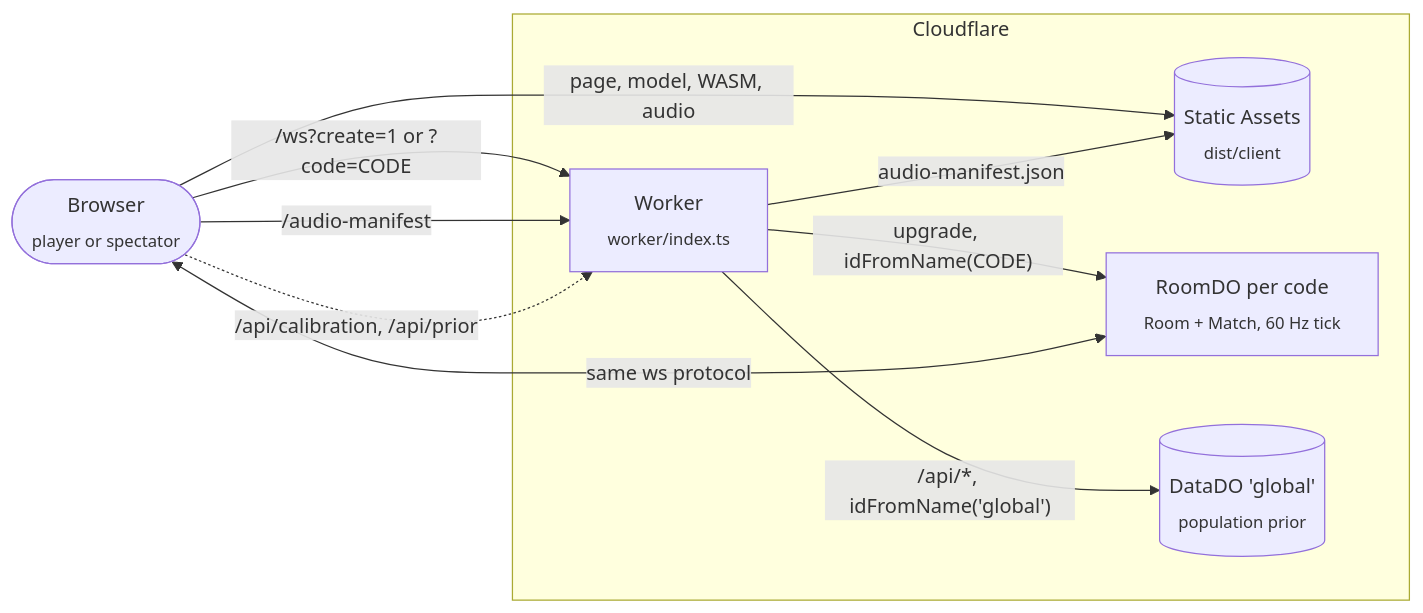
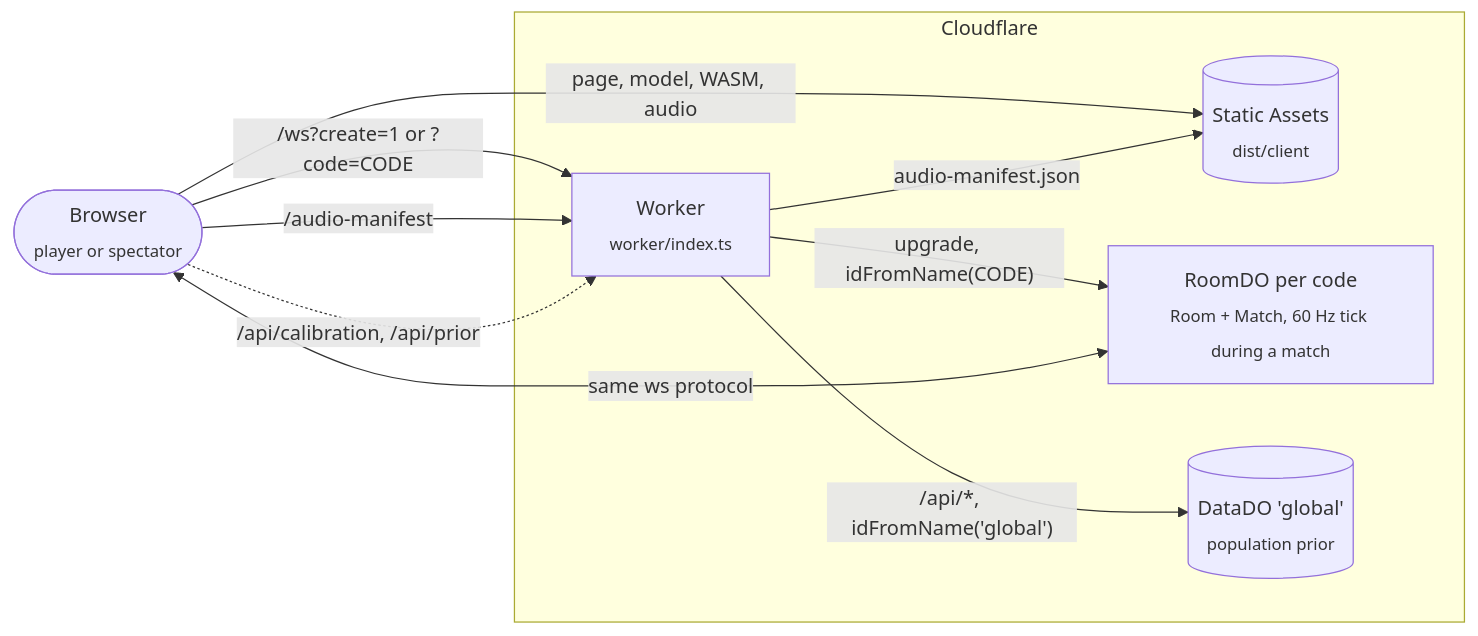
The second of 4 diagrams in README.md (teddycitrus/shadow-box), drawn with Mermaid before and after one commit. The commit also changed other lines of this file and 86 other files, not shown here.

````diff
--- a/README.md
+++ b/README.md
@@ -115,18 +115,18 @@
 ```mermaid
 flowchart LR
   C(["Browser<br/><sub>player or spectator</sub>"])
   subgraph CF["Cloudflare"]
     W["Worker<br/><sub>worker/index.ts</sub>"]
     A[("Static Assets<br/><sub>dist/client</sub>")]
-    DO["RoomDO per code<br/><sub>Room + Match, 60 Hz tick</sub>"]
+    DO["RoomDO per code<br/><sub>Room + Match, 60 Hz tick during a match</sub>"]
     DD[("DataDO 'global'<br/><sub>population prior</sub>")]
   end
   C -->|"page, model, WASM, audio"| A
   C -->|"/ws?create=1 or ?code=CODE"| W
   C -->|"/audio-manifest"| W
   C -.->|"/api/calibration, /api/prior"| W
   W -->|"audio-manifest.json"| A
   W -->|"upgrade, idFromName(CODE)"| DO
   W -->|"/api/*, idFromName('global')"| DD
   DO <-->|"same ws protocol"| C
 ```
````
